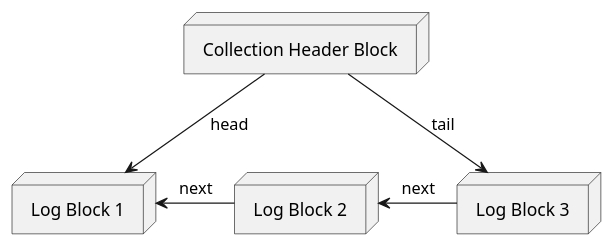
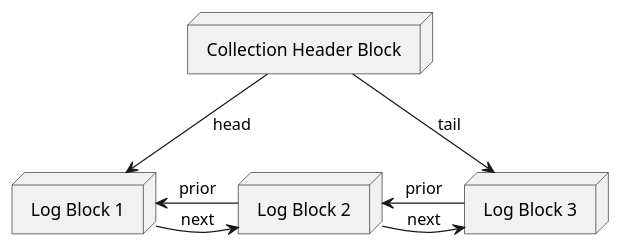
The diagram in doc/figures/collection-log.puml (gotchoices/votetorrent), drawn with PlantUML before and after one commit. The commit also changed 28 other files, not shown here.

```diff
--- a/doc/figures/collection-log.puml
+++ b/doc/figures/collection-log.puml
@@ -1,14 +1,16 @@
 @startuml
 
 node "Collection Header Block" as CollectionHeaderBlock
 
 node "Log Block 1" as LogBlock1
 node "Log Block 2" as LogBlock2
 node "Log Block 3" as LogBlock3
 
 CollectionHeaderBlock --> LogBlock3 : tail
 CollectionHeaderBlock --> LogBlock1 : head
-LogBlock1 <- LogBlock2 : next
-LogBlock2 <- LogBlock3 : next
+LogBlock1 <- LogBlock2 : prior
+LogBlock2 <- LogBlock3 : prior
+LogBlock2 <- LogBlock1 : next
+LogBlock3 <- LogBlock2 : next
 
 @enduml
```
